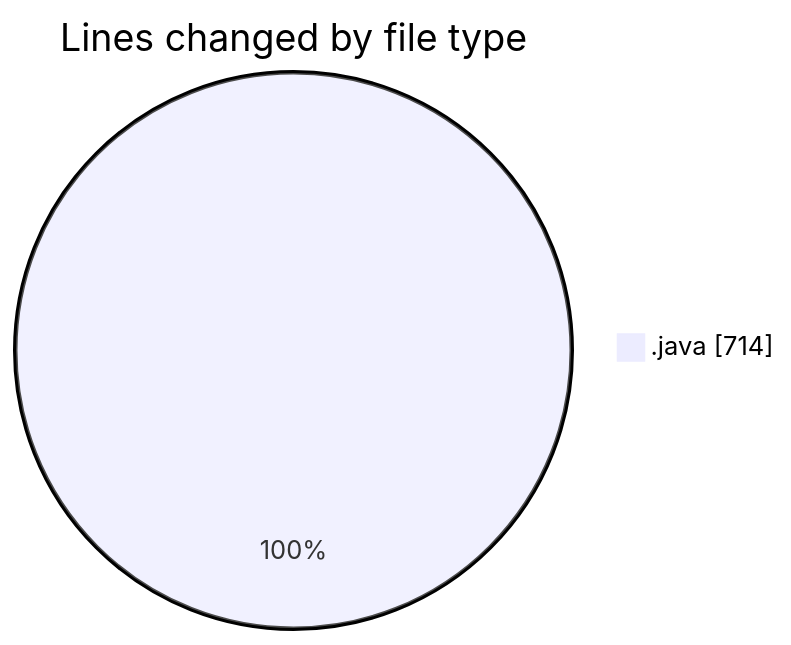
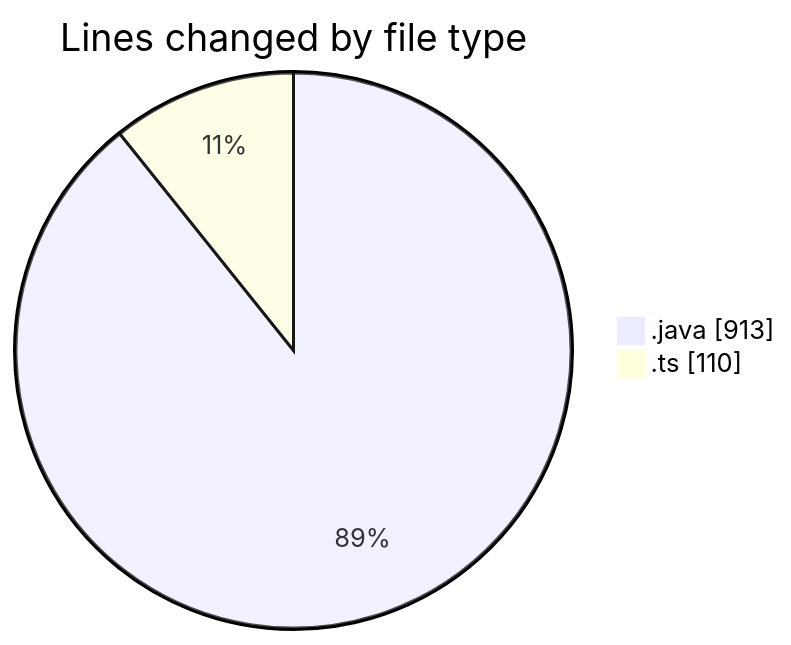
One commit to charlie-sans/code-tracking changed the first of 2 diagrams in 2025-02-20/micros/README.md. Above: the diagram before and after it, drawn with Mermaid. The commit also changed other lines of this file and 1 other file, not shown here.

````diff
--- a/2025-02-20/micros/README.md
+++ b/2025-02-20/micros/README.md
@@ -23,5 +25,6 @@
 ```mermaid
 pie showData
 title Lines changed by file type
-".java" : 714
+".java" : 913
+".ts" : 110
 ```
````
